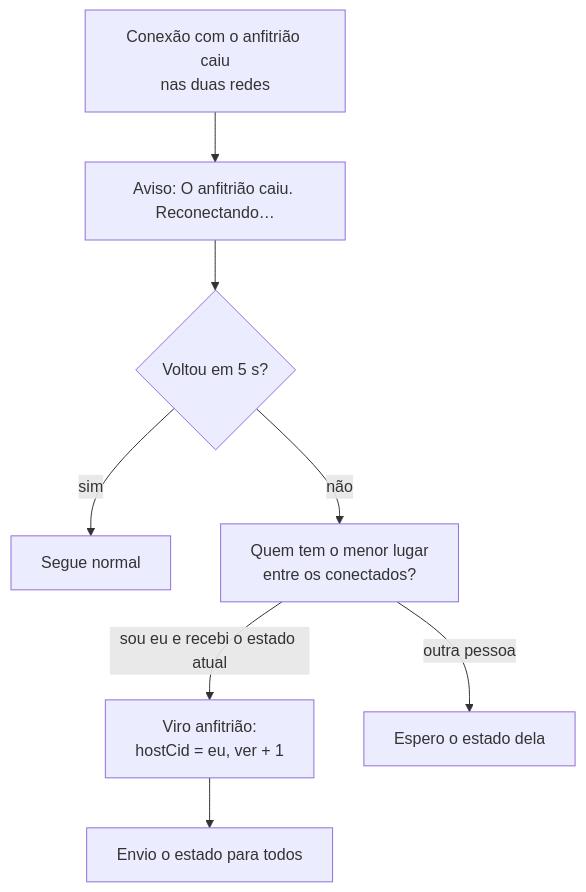
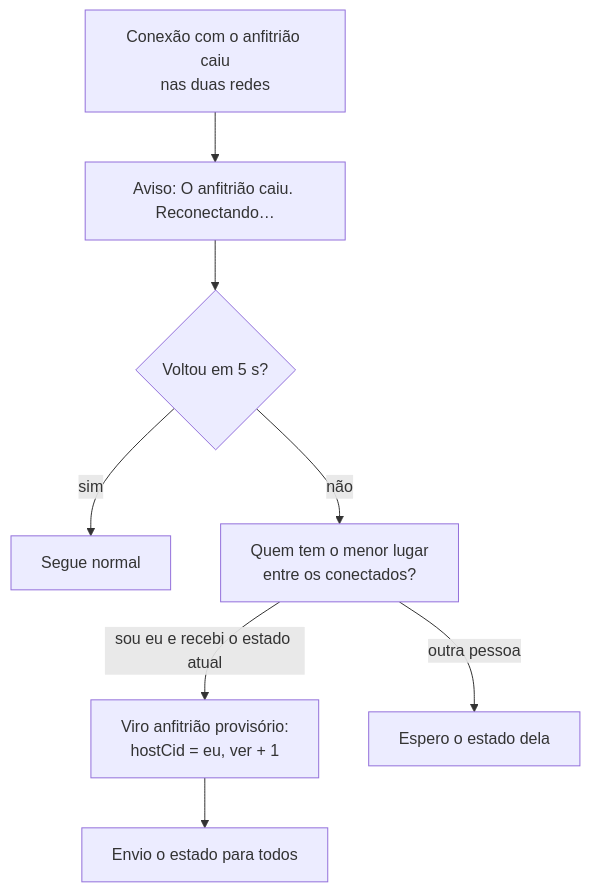
Before and after one commit to sschonss/ito: diagram 11 of 14 in docs/p2p.md, drawn with Mermaid. The commit also changed other lines of this file and 8 other files, not shown here.

````diff
--- a/docs/p2p.md
+++ b/docs/p2p.md
@@ -282,10 +311,10 @@
 ```mermaid
 flowchart TD
   A[Conexão com o anfitrião caiu<br/>nas duas redes] --> B[Aviso: O anfitrião caiu. Reconectando…]
   B --> C{Voltou em 5 s?}
   C -- sim --> D[Segue normal]
   C -- não --> E[Quem tem o menor lugar<br/>entre os conectados?]
-  E -- sou eu e recebi o estado atual --> F[Viro anfitrião:<br/>hostCid = eu, ver + 1]
+  E -- sou eu e recebi o estado atual --> F[Viro anfitrião provisório:<br/>hostCid = eu, ver + 1]
   E -- outra pessoa --> G[Espero o estado dela]
   F --> H[Envio o estado para todos]
 ```
````
